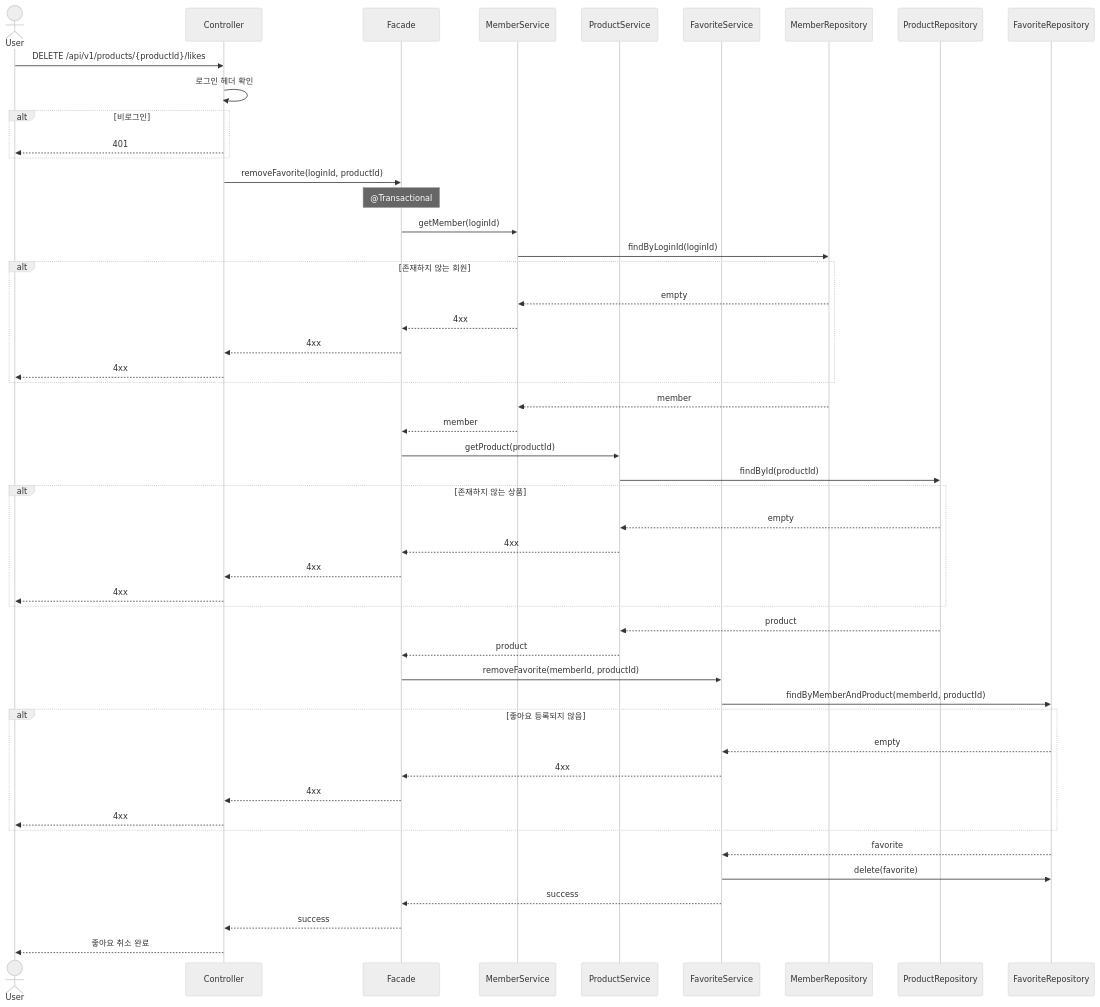
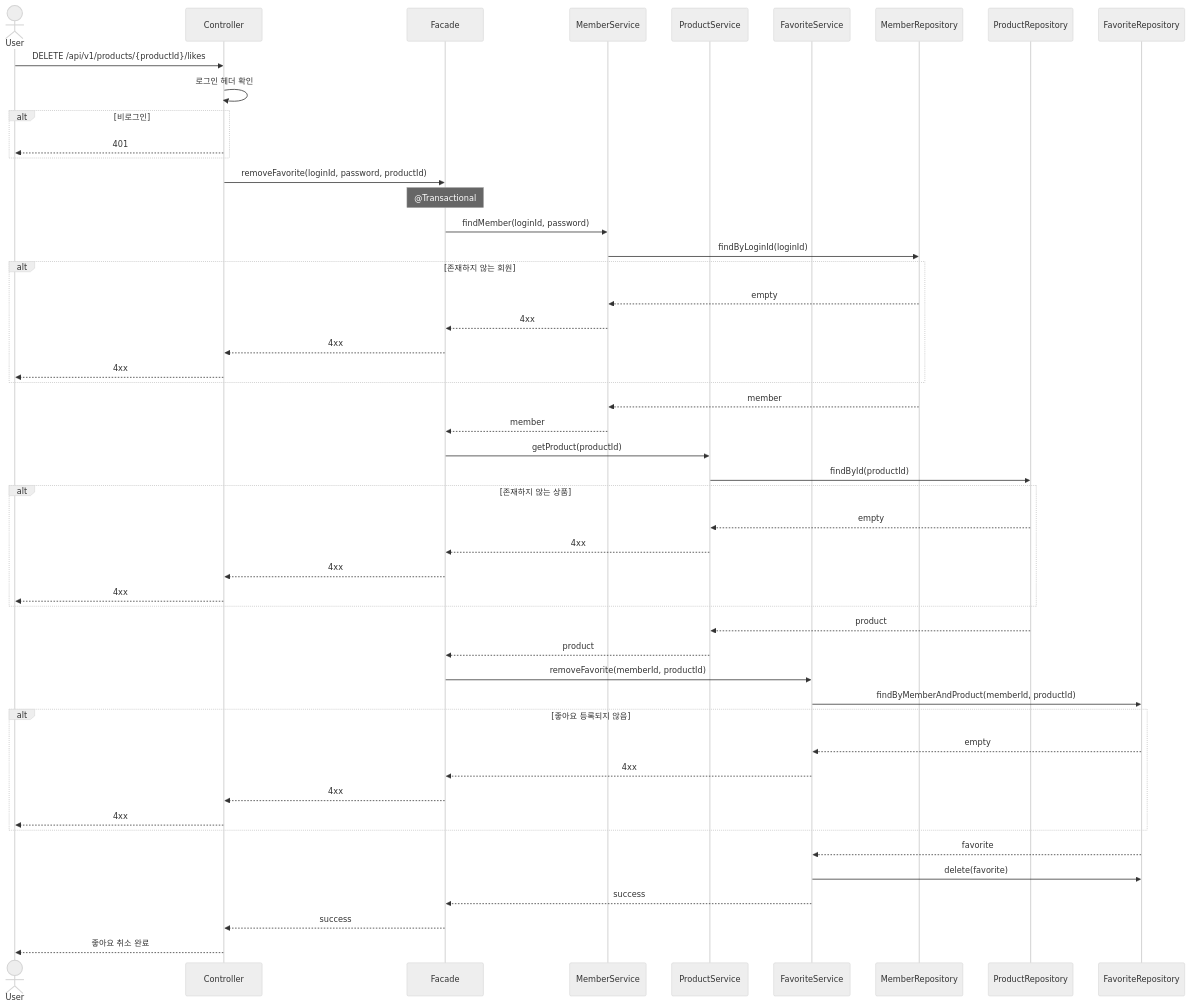
The fifth of 21 diagrams in docs/design/02-sequence-diagrams.md (Loopers-dev-lab/loop-pack-be-l2-vol3-java), drawn with Mermaid (neutral theme) before and after one commit. The commit also changed other lines of this file and 2 other files, not shown here.

````diff
--- a/docs/design/02-sequence-diagrams.md
+++ b/docs/design/02-sequence-diagrams.md
@@ -280,63 +280,63 @@
 ```mermaid
 sequenceDiagram
     actor User
     participant Controller
     participant Facade
     participant MemberService
     participant ProductService
     participant FavoriteService
     participant MemberRepository
     participant ProductRepository
     participant FavoriteRepository
 
     User->>Controller: DELETE /api/v1/products/{productId}/likes
     Controller->>Controller: 로그인 헤더 확인
 
     alt 비로그인
         Controller-->>User: 401
     end
 
-    Controller->>Facade: removeFavorite(loginId, productId)
+    Controller->>Facade: removeFavorite(loginId, password, productId)
     Note over Facade: @Transactional
 
-    Facade->>MemberService: getMember(loginId)
+    Facade->>MemberService: findMember(loginId, password)
     MemberService->>MemberRepository: findByLoginId(loginId)
     alt 존재하지 않는 회원
         MemberRepository-->>MemberService: empty
         MemberService-->>Facade: 4xx
         Facade-->>Controller: 4xx
         Controller-->>User: 4xx
     end
     MemberRepository-->>MemberService: member
     MemberService-->>Facade: member
 
     Facade->>ProductService: getProduct(productId)
     ProductService->>ProductRepository: findById(productId)
 
     alt 존재하지 않는 상품
         ProductRepository-->>ProductService: empty
         ProductService-->>Facade: 4xx
         Facade-->>Controller: 4xx
         Controller-->>User: 4xx
     end
 
     ProductRepository-->>ProductService: product
     ProductService-->>Facade: product
 
     Facade->>FavoriteService: removeFavorite(memberId, productId)
     FavoriteService->>FavoriteRepository: findByMemberAndProduct(memberId, productId)
 
     alt 좋아요 등록되지 않음
         FavoriteRepository-->>FavoriteService: empty
         FavoriteService-->>Facade: 4xx
         Facade-->>Controller: 4xx
         Controller-->>User: 4xx
     end
 
     FavoriteRepository-->>FavoriteService: favorite
     FavoriteService->>FavoriteRepository: delete(favorite)
 
     FavoriteService-->>Facade: success
     Facade-->>Controller: success
     Controller-->>User: 좋아요 취소 완료
 ```
````
